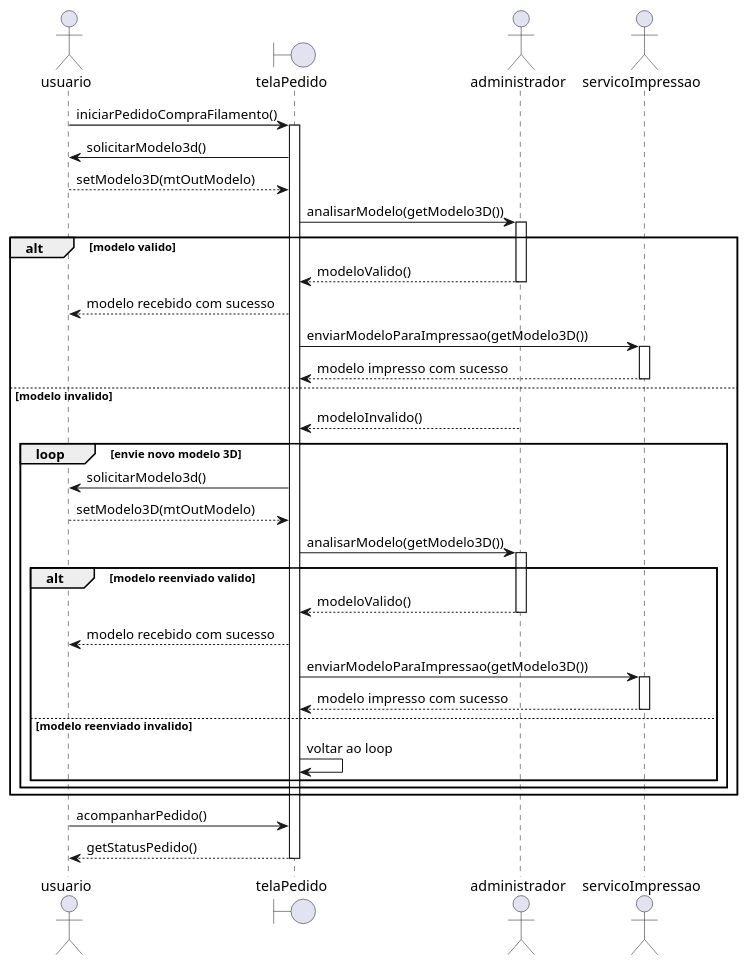
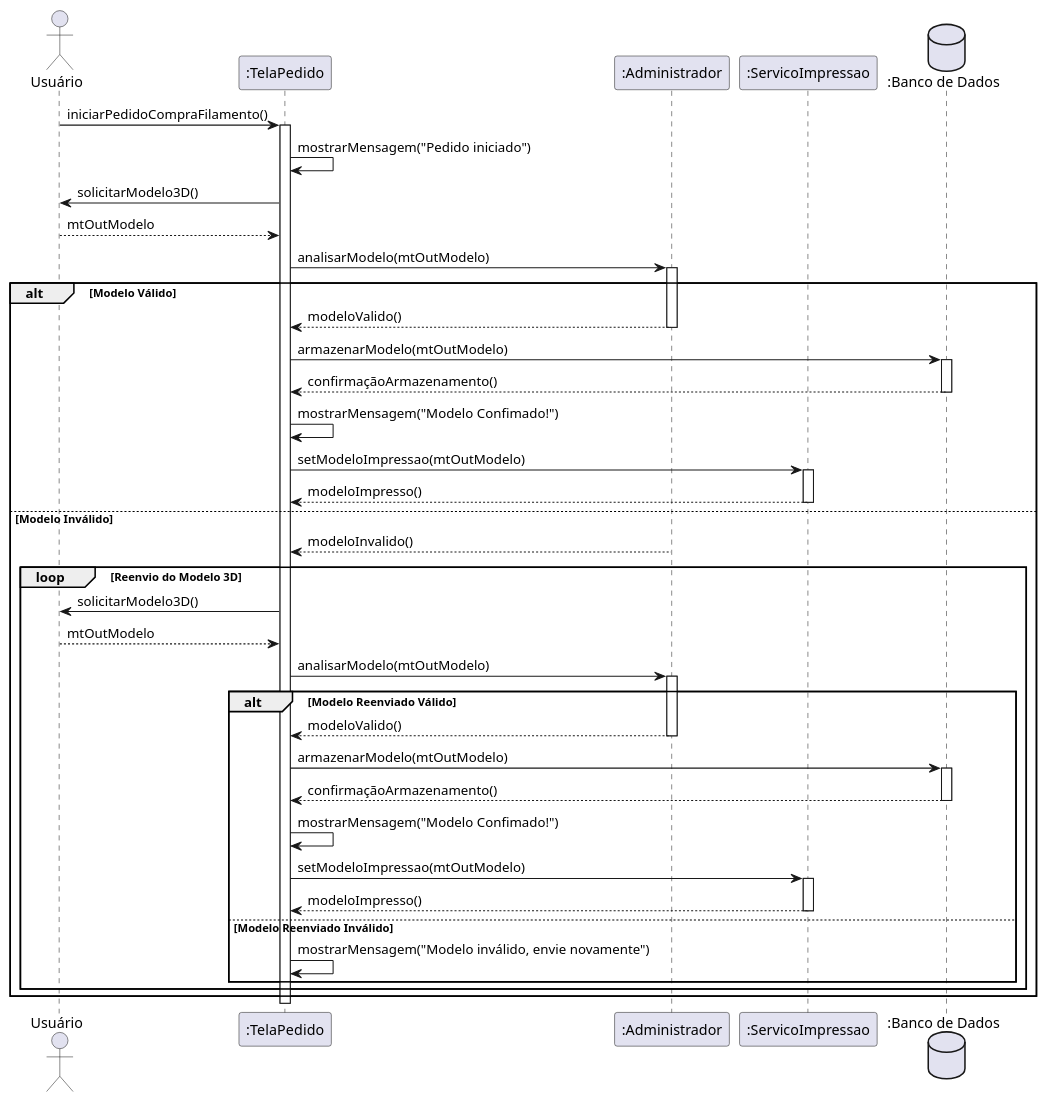
The diagram in Trabalho/Diagrama de Sequência/Comprar Filamento.md (zjpza/Ecopla), drawn with PlantUML before and after one commit.

Commit message:
Update Comprar Filamento.md

```diff
--- a/Trabalho/Diagrama de Sequência/Comprar Filamento.md
+++ b/Trabalho/Diagrama de Sequência/Comprar Filamento.md
@@ -3,60 +6,69 @@
-    @startuml ComprarFilamentos
+        @startuml
+    actor "Usuário" as user
+    participant ":TelaPedido" as tela
+    participant ":Administrador" as adm
+    participant ":ServicoImpressao" as servico
+    database ":Banco de Dados" as BD
     
-    actor usuario as user
-    boundary telaPedido as tela
-    actor administrador as adm
-    actor servicoImpressao as servico
-    
-    user -> tela: iniciarPedidoCompraFilamento()
+    user -> tela : iniciarPedidoCompraFilamento()
     activate tela
     
-    tela -> user: solicitarModelo3d()
-    user --> tela: setModelo3D(mtOutModelo)
+    tela -> tela : mostrarMensagem("Pedido iniciado")
     
-    tela -> adm: analisarModelo(getModelo3D())
+    tela -> user : solicitarModelo3D()
+    user --> tela : mtOutModelo
+    
+    tela -> adm : analisarModelo(mtOutModelo)
     activate adm
     
-    alt modelo valido
-        adm --> tela: modeloValido()
+    alt Modelo Válido
+        adm --> tela : modeloValido()
         deactivate adm
     
-        tela --> user: modelo recebido com sucesso
+        tela -> BD : armazenarModelo(mtOutModelo)
+        activate BD
+        BD --> tela : confirmaçãoArmazenamento()
+        deactivate BD
     
-        tela -> servico: enviarModeloParaImpressao(getModelo3D())
+        tela -> tela : mostrarMensagem("Modelo Confimado!")
+    
+        tela -> servico : setModeloImpressao(mtOutModelo)
         activate servico
-        servico --> tela: modelo impresso com sucesso
+        servico --> tela : modeloImpresso()
         deactivate servico
     
-    else modelo invalido
-        adm --> tela: modeloInvalido()
+    else Modelo Inválido
+        adm --> tela : modeloInvalido()
         deactivate adm
     
-        loop envie novo modelo 3D
-            tela -> user: solicitarModelo3d()
-            user --> tela: setModelo3D(mtOutModelo)
-            
-            tela -> adm: analisarModelo(getModelo3D())
+        loop Reenvio do Modelo 3D
+            tela -> user : solicitarModelo3D()
+            user --> tela : mtOutModelo
+    
+            tela -> adm : analisarModelo(mtOutModelo)
             activate adm
     
-            alt modelo reenviado valido
-                adm --> tela: modeloValido()
+            alt Modelo Reenviado Válido
+                adm --> tela : modeloValido()
                 deactivate adm
-                
-                tela --> user: modelo recebido com sucesso
     
-                tela -> servico: enviarModeloParaImpressao(getModelo3D())
+                tela -> BD : armazenarModelo(mtOutModelo)
+                activate BD
+                BD --> tela : confirmaçãoArmazenamento()
+                deactivate BD
+    
+                tela -> tela : mostrarMensagem("Modelo Confimado!")
+    
+                tela -> servico :setModeloImpressao(mtOutModelo)
                 activate servico
-                servico --> tela: modelo impresso com sucesso
+                servico --> tela : modeloImpresso()
                 deactivate servico
-        else modelo reenviado invalido
-            tela -> tela: voltar ao loop
+    
+            else Modelo Reenviado Inválido
+                tela -> tela : mostrarMensagem("Modelo inválido, envie novamente")
+            end
         end
     end
-end
-
-user -> tela: acompanharPedido()
-tela --> user: getStatusPedido()
-
-deactivate tela
-
-@enduml
+    
+    deactivate tela
+    @enduml
```
